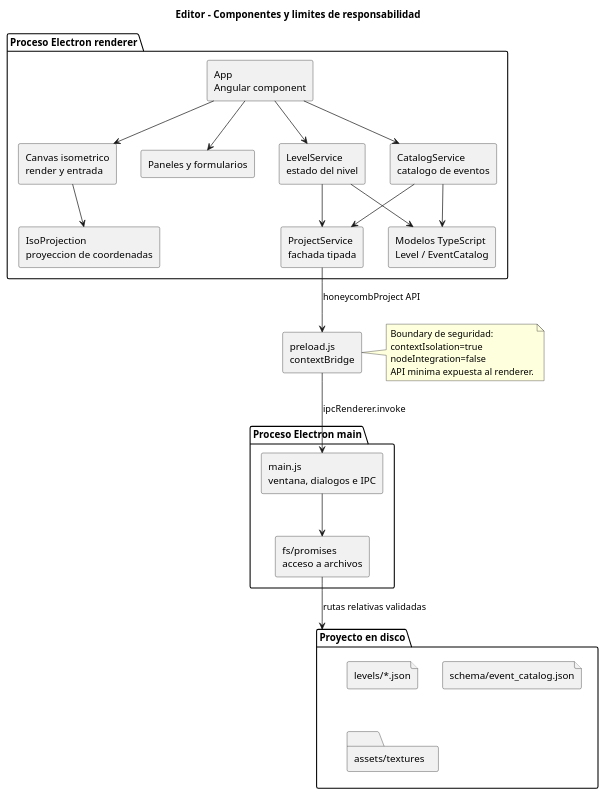
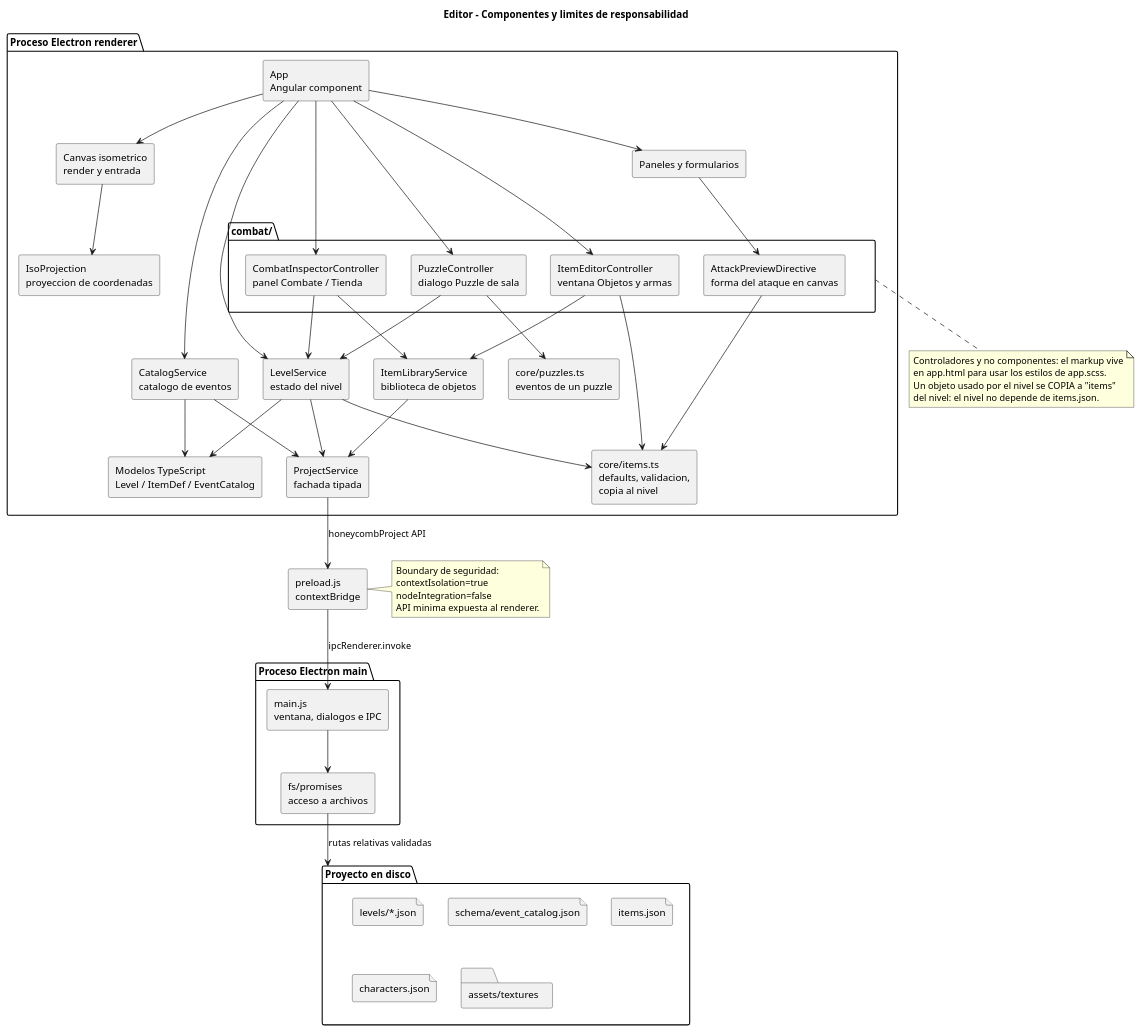
The diagram in docs/architecture/editor-components.puml (Semiramyz/HoneyComb-Engine-Plataforma-de-desarrollo-NoCode-2.5D-Isometrico), drawn with PlantUML before and after one commit. The commit also changed 48 other files, not shown here.

First line of the commit message:
Añade sistemas de inventario de objetos de combate y de rompecabezas.

```diff
--- a/docs/architecture/editor-components.puml
+++ b/docs/architecture/editor-components.puml
@@ -1,49 +1,80 @@
 @startuml editor-components
 title Editor - Componentes y limites de responsabilidad
 top to bottom direction
 skinparam componentStyle rectangle
 
 package "Proceso Electron renderer" as renderer {
   component "App\nAngular component" as app
   component "Canvas isometrico\nrender y entrada" as canvas
   component "Paneles y formularios" as panels
+  package "combat/" as combat {
+    component "ItemEditorController\nventana Objetos y armas" as itemEditor
+    component "CombatInspectorController\npanel Combate / Tienda" as combatInspector
+    component "PuzzleController\ndialogo Puzzle de sala" as puzzle
+    component "AttackPreviewDirective\nforma del ataque en canvas" as attackPreview
+  }
+  component "core/items.ts\ndefaults, validacion,\ncopia al nivel" as itemsCore
+  component "core/puzzles.ts\neventos de un puzzle" as puzzlesCore
   component "LevelService\nestado del nivel" as levelService
   component "CatalogService\ncatalogo de eventos" as catalogService
+  component "ItemLibraryService\nbiblioteca de objetos" as itemLibrary
   component "ProjectService\nfachada tipada" as projectService
   component "IsoProjection\nproyeccion de coordenadas" as projection
-  component "Modelos TypeScript\nLevel / EventCatalog" as models
+  component "Modelos TypeScript\nLevel / ItemDef / EventCatalog" as models
 }
 
 package "Proceso Electron main" as mainProcess {
   component "main.js\nventana, dialogos e IPC" as main
   component "fs/promises\nacceso a archivos" as fs
 }
 
 component "preload.js\ncontextBridge" as preload
 folder "Proyecto en disco" as disk {
   file "levels/*.json" as levelFiles
   file "schema/event_catalog.json" as eventFile
+  file "items.json" as itemsFile
+  file "characters.json" as charactersFile
   folder "assets/textures" as textureFiles
 }
 
 app --> canvas
 app --> panels
+app --> itemEditor
+app --> combatInspector
+app --> puzzle
+panels --> attackPreview
 app --> levelService
 app --> catalogService
+itemEditor --> itemLibrary
+itemEditor --> itemsCore
+combatInspector --> levelService
+combatInspector --> itemLibrary
+puzzle --> puzzlesCore
+puzzle --> levelService
+attackPreview --> itemsCore
 canvas --> projection
 levelService --> models
+levelService --> itemsCore
 catalogService --> models
+itemLibrary --> projectService
 levelService --> projectService
 catalogService --> projectService
 projectService --> preload : honeycombProject API
 preload --> main : ipcRenderer.invoke
 main --> fs
 fs --> disk : rutas relativas validadas
 
 note right of preload
 Boundary de seguridad:
 contextIsolation=true
 nodeIntegration=false
 API minima expuesta al renderer.
 end note
+
+note bottom of combat
+Controladores y no componentes: el markup vive
+en app.html para usar los estilos de app.scss.
+Un objeto usado por el nivel se COPIA a "items"
+del nivel: el nivel no depende de items.json.
+end note
 @enduml
```
